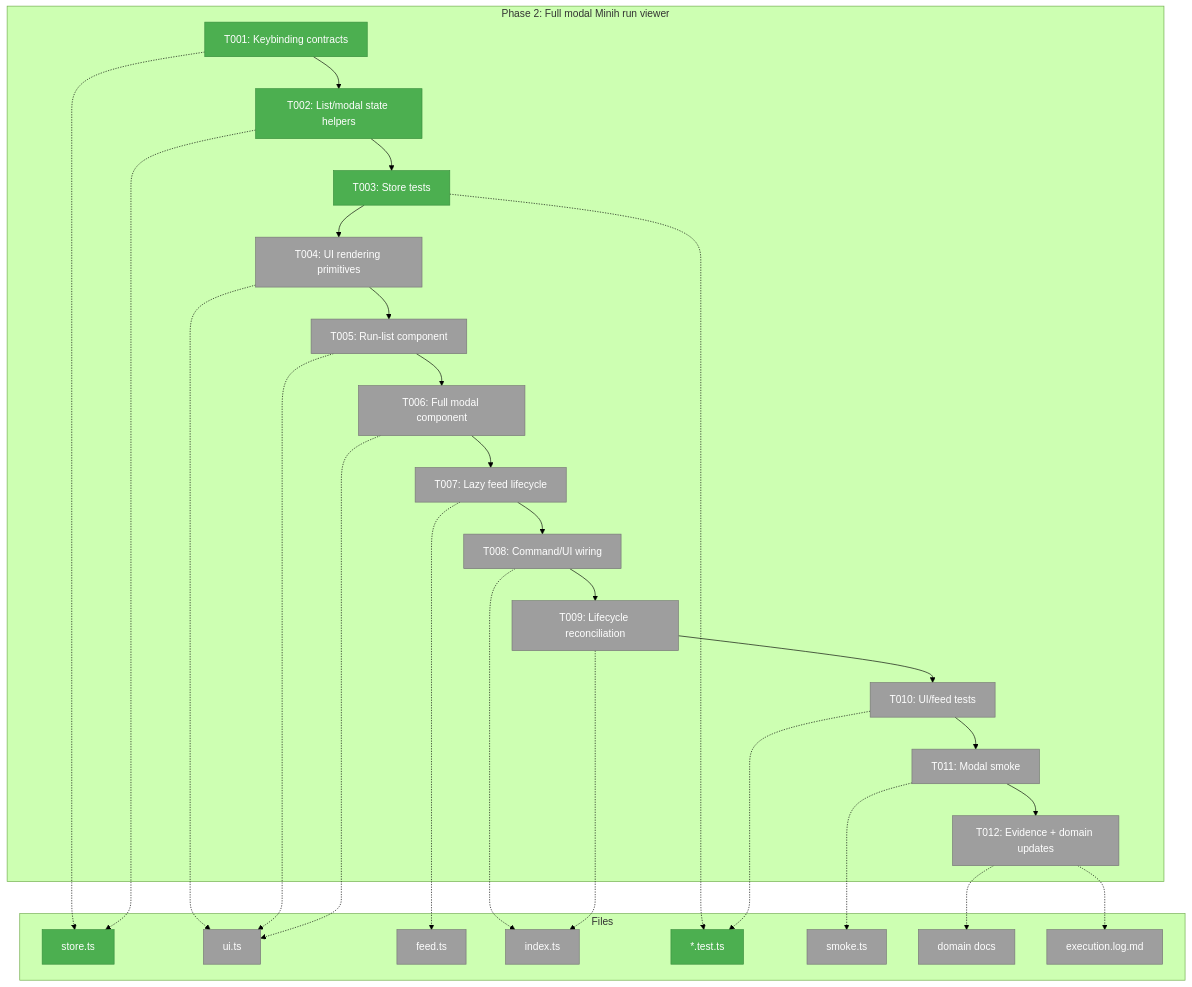
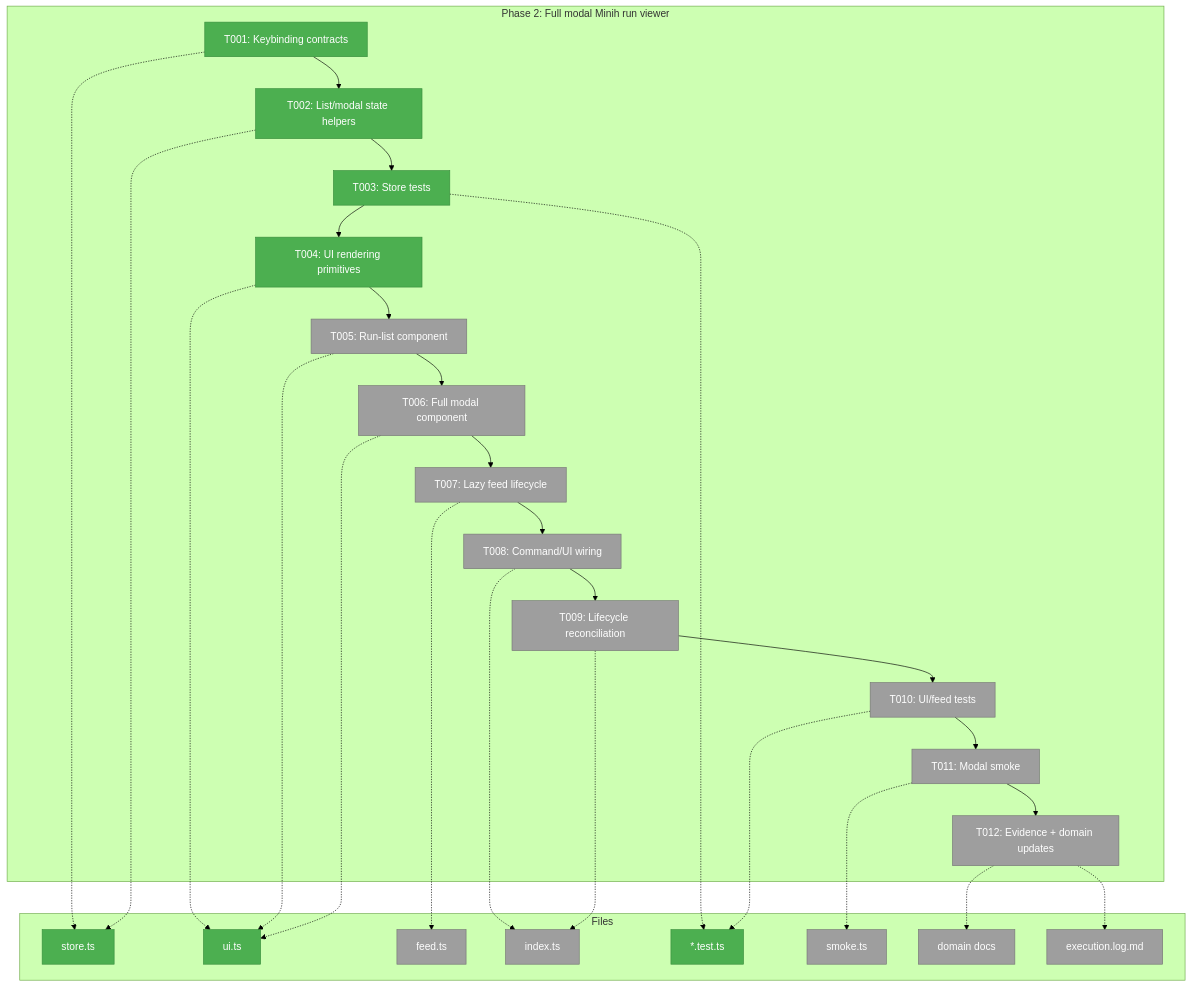
One commit to vaughanknight/pij changed the first of 3 diagrams in docs/plans/007-options-for-pi-extensions-that-do-subagents/tasks/phase-2-full-modal-minih-run-viewer/tasks.md. Above: the diagram before and after it, drawn with Mermaid (forest theme). The commit also changed other lines of this file and 3 other files, not shown here.

````diff
--- a/docs/plans/007-options-for-pi-extensions-that-do-subagents/tasks/phase-2-full-modal-minih-run-viewer/tasks.md
+++ b/docs/plans/007-options-for-pi-extensions-that-do-subagents/tasks/phase-2-full-modal-minih-run-viewer/tasks.md
@@ -135,47 +135,47 @@
 ```mermaid
 flowchart TD
     classDef pending fill:#9E9E9E,stroke:#757575,color:#fff
     classDef inprogress fill:#FFC107,stroke:#FFA000,color:#000
     classDef completed fill:#4CAF50,stroke:#388E3C,color:#fff
 
     subgraph Phase["Phase 2: Full modal Minih run viewer"]
         T001["T001: Keybinding contracts"]:::completed
         T002["T002: List/modal state helpers"]:::completed
         T003["T003: Store tests"]:::completed
-        T004["T004: UI rendering primitives"]:::pending
+        T004["T004: UI rendering primitives"]:::completed
         T005["T005: Run-list component"]:::pending
         T006["T006: Full modal component"]:::pending
         T007["T007: Lazy feed lifecycle"]:::pending
         T008["T008: Command/UI wiring"]:::pending
         T009["T009: Lifecycle reconciliation"]:::pending
         T010["T010: UI/feed tests"]:::pending
         T011["T011: Modal smoke"]:::pending
         T012["T012: Evidence + domain updates"]:::pending
         T001 --> T002 --> T003 --> T004 --> T005 --> T006 --> T007 --> T008 --> T009 --> T010 --> T011 --> T012
     end
 
     subgraph Files["Files"]
         F1["store.ts"]:::completed
-        F2["ui.ts"]:::pending
+        F2["ui.ts"]:::completed
         F3["feed.ts"]:::pending
         F4["index.ts"]:::pending
         F5["*.test.ts"]:::completed
         F6["smoke.ts"]:::pending
         F7["domain docs"]:::pending
         F8["execution.log.md"]:::pending
     end
 
     T001 -.-> F1
     T002 -.-> F1
     T003 -.-> F5
     T004 -.-> F2
     T005 -.-> F2
     T006 -.-> F2
     T007 -.-> F3
     T008 -.-> F4
     T009 -.-> F4
     T010 -.-> F5
     T011 -.-> F6
     T012 -.-> F7
     T012 -.-> F8
 ```
````
